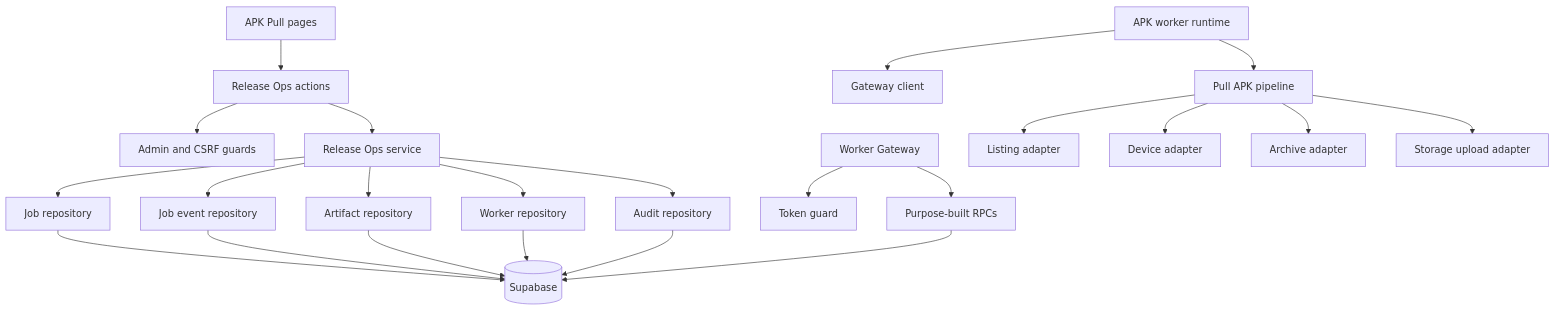
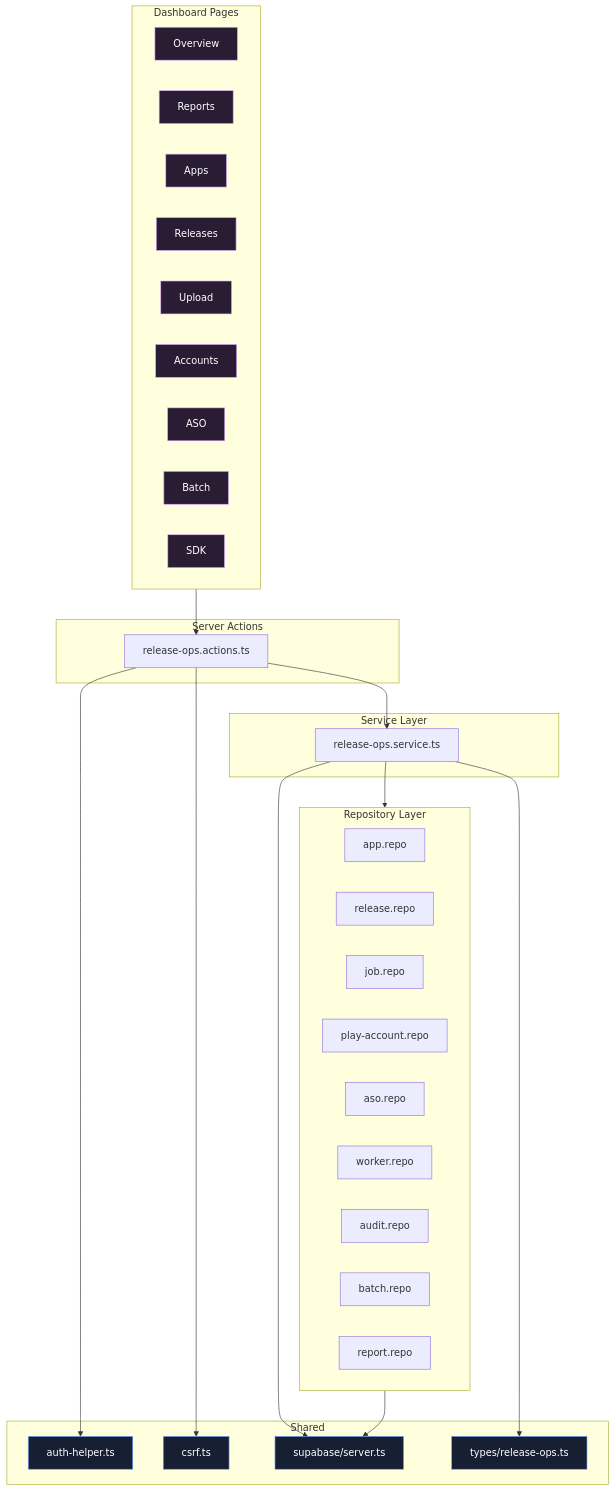
One commit to daclong120-del/app-relay changed diagram 11 of 11 in ARCHITECTURE_MASTER.md. Above: the diagram before and after it, drawn with Mermaid. The commit also changed other lines of this file and 16 other files, not shown here.

````diff
--- a/ARCHITECTURE_MASTER.md
+++ b/ARCHITECTURE_MASTER.md
@@ -1041,27 +991,56 @@
 ```mermaid
 flowchart TD
-    Page["APK Pull pages"] --> Actions["Release Ops actions"]
-    Actions --> Guards["Admin and CSRF guards"]
-    Actions --> Service["Release Ops service"]
-    Service --> JobRepo["Job repository"]
-    Service --> EventRepo["Job event repository"]
-    Service --> ArtifactRepo["Artifact repository"]
-    Service --> WorkerRepo["Worker repository"]
-    Service --> AuditRepo["Audit repository"]
-    JobRepo --> Supabase[("Supabase")]
-    EventRepo --> Supabase
-    ArtifactRepo --> Supabase
-    WorkerRepo --> Supabase
-    AuditRepo --> Supabase
+    subgraph Pages["Dashboard Pages"]
+        Overview
+        Reports
+        Apps
+        Releases
+        Upload
+        Accounts
+        ASO
+        Batch
+        SDK
+    end
 
-    Gateway["Worker Gateway"] --> TokenGuard["Token guard"]
-    Gateway --> RPC["Purpose-built RPCs"]
-    RPC --> Supabase
+    subgraph Actions["Server Actions"]
+        ReleaseOpsActions["release-ops.actions.ts"]
+    end
 
-    Worker["APK worker runtime"] --> GatewayClient["Gateway client"]
-    Worker --> Pipeline["Pull APK pipeline"]
-    Pipeline --> Listing["Listing adapter"]
-    Pipeline --> Device["Device adapter"]
-    Pipeline --> Archive["Archive adapter"]
-    Pipeline --> Upload["Storage upload adapter"]
+    subgraph Services["Service Layer"]
+        ReleaseOpsService["release-ops.service.ts"]
+    end
+
+    subgraph Repos["Repository Layer"]
+        AppRepo["app.repo"]
+        ReleaseRepo["release.repo"]
+        JobRepo["job.repo"]
+        AccountRepo["play-account.repo"]
+        ASORepo["aso.repo"]
+        WorkerRepo["worker.repo"]
+        AuditRepo["audit.repo"]
+        BatchRepo["batch.repo"]
+        ReportRepo["report.repo"]
+    end
+
+    subgraph Shared["Shared"]
+        AuthHelper["auth-helper.ts"]
+        CSRF["csrf.ts"]
+        SupabaseClient["supabase/server.ts"]
+        Types["types/release-ops.ts"]
+    end
+
+    Pages --> ReleaseOpsActions
+    ReleaseOpsActions --> AuthHelper
+    ReleaseOpsActions --> CSRF
+    ReleaseOpsActions --> ReleaseOpsService
+    ReleaseOpsService --> SupabaseClient
+    ReleaseOpsService --> Repos
+    ReleaseOpsService --> Types
+    Repos --> SupabaseClient
+
+    classDef page fill:#2a1d33,stroke:#e0aaff,color:#fff
+    classDef shared fill:#172033,stroke:#75a7ff,color:#fff
+
+    class Overview,Reports,Apps,Releases,Upload,Accounts,ASO,Batch,SDK page
+    class AuthHelper,CSRF,SupabaseClient,Types shared
 ```
````
